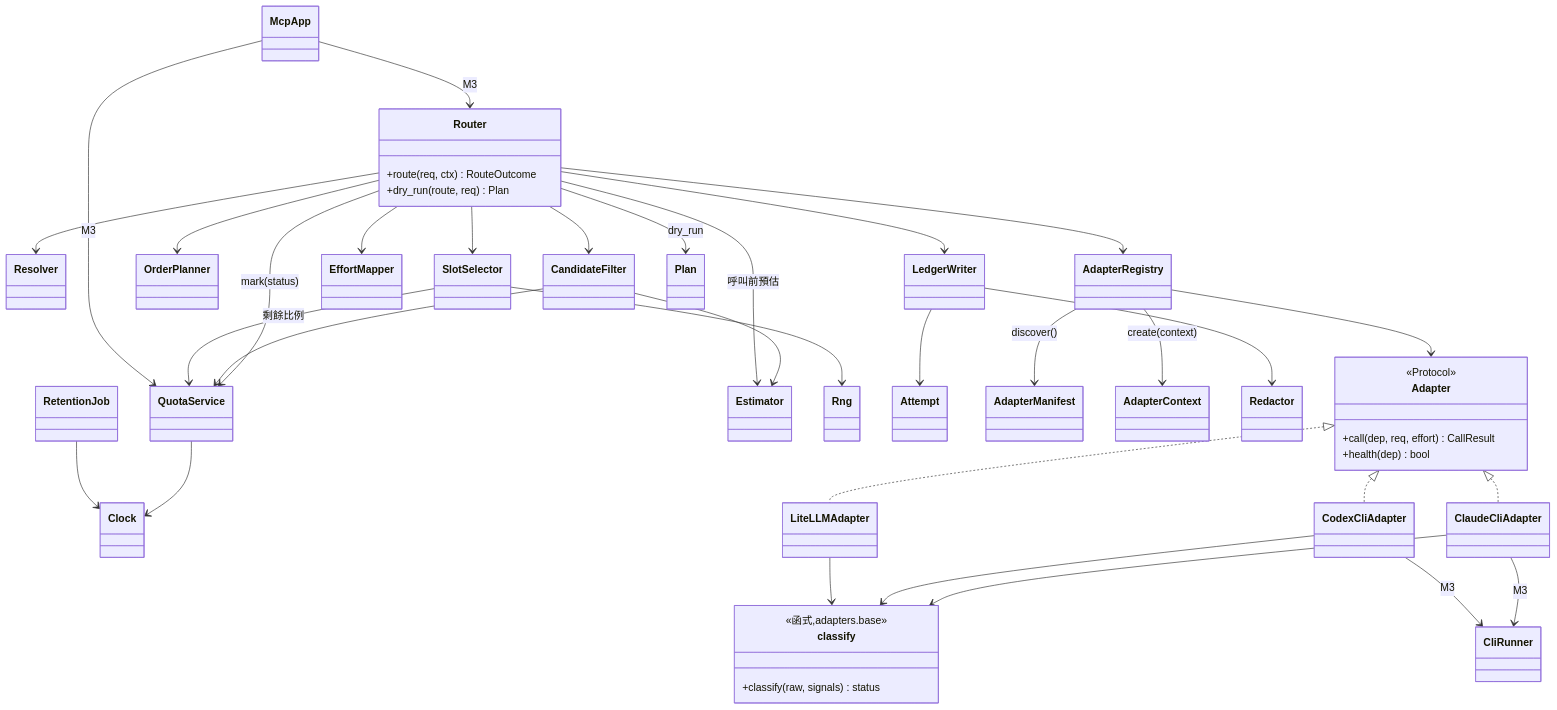
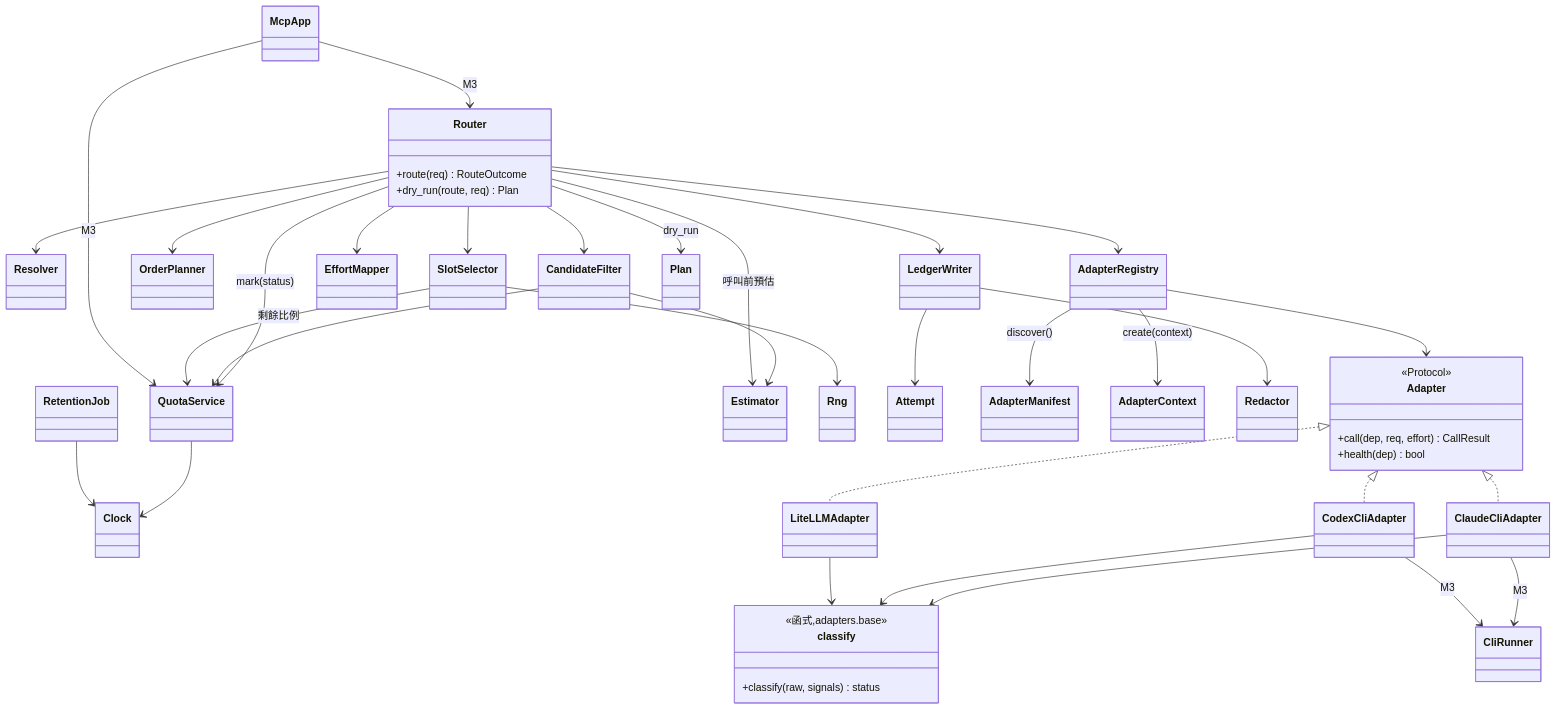
Before and after one commit to kamira/spillway: the diagram in sdlc_docs/structure/design.md, drawn with Mermaid. The commit also changed other lines of this file and 1 other file, not shown here.

````diff
--- a/sdlc_docs/structure/design.md
+++ b/sdlc_docs/structure/design.md
@@ -42,47 +42,47 @@
 ```mermaid
 classDiagram
   class Router {
-    +route(req, ctx) RouteOutcome
+    +route(req) RouteOutcome
     +dry_run(route, req) Plan
   }
   class Adapter {
     <<Protocol>>
     +call(dep, req, effort) CallResult
     +health(dep) bool
   }
   class classify {
     <<函式,adapters.base>>
     +classify(raw, signals) status
   }
   Router --> Resolver
   Router --> CandidateFilter
   Router --> OrderPlanner
   Router --> SlotSelector
   Router --> EffortMapper
   Router --> AdapterRegistry
   Router --> LedgerWriter
   Router --> QuotaService : mark(status)
   CandidateFilter --> QuotaService
   CandidateFilter --> Estimator
   SlotSelector --> QuotaService : 剩餘比例
   SlotSelector --> Rng
   QuotaService --> Clock
   Router --> Estimator : 呼叫前預估
   Router --> Plan : dry_run
   LedgerWriter --> Attempt
   AdapterRegistry --> Adapter
   Adapter <|.. LiteLLMAdapter
   Adapter <|.. ClaudeCliAdapter
   Adapter <|.. CodexCliAdapter
   AdapterRegistry --> AdapterManifest : discover()
   ClaudeCliAdapter --> CliRunner : M3
   CodexCliAdapter --> CliRunner : M3
   ClaudeCliAdapter --> classify
   CodexCliAdapter --> classify
   LiteLLMAdapter --> classify
   AdapterRegistry --> AdapterContext : create(context)
   LedgerWriter --> Redactor
   RetentionJob --> Clock
   McpApp --> Router : M3
   McpApp --> QuotaService : M3
 ```
````
